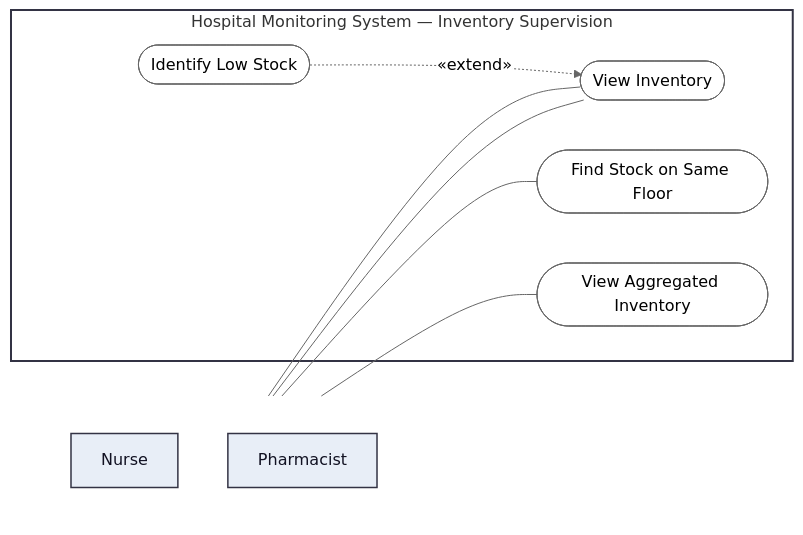
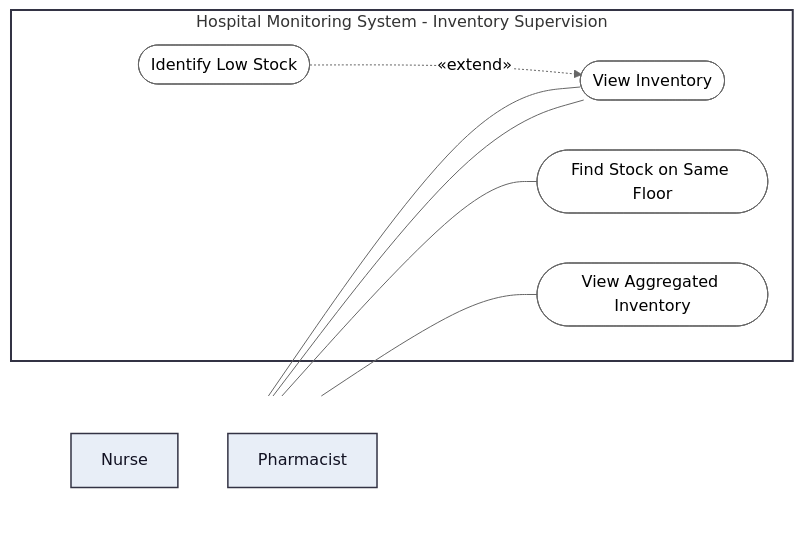
One commit to LukaMrt/3K04-project changed the fourth of 7 diagrams in docs/part-b/diagrams/use-case-diagram.md. Above: the diagram before and after it, drawn with Mermaid (neutral theme). The commit also changed other lines of this file and 14 other files, not shown here.

````diff
--- a/docs/part-b/diagrams/use-case-diagram.md
+++ b/docs/part-b/diagrams/use-case-diagram.md
@@ -117,29 +117,29 @@
 ```mermaid
 flowchart LR
     subgraph Actors[" "]
         direction TB
         Nurse["Nurse"]
         Pharmacist["Pharmacist"]
     end
 
-    subgraph MS["Hospital Monitoring System — Inventory Supervision"]
+    subgraph MS["Hospital Monitoring System - Inventory Supervision"]
         ViewInv(["View Inventory"])
         LowStock(["Identify Low Stock"])
         SameFloor(["Find Stock on Same Floor"])
         ViewAggInv(["View Aggregated Inventory"])
     end
 
     Nurse --- ViewInv
     Pharmacist --- ViewInv
     Pharmacist --- ViewAggInv
     Pharmacist --- SameFloor
 
     LowStock -. "«extend»" .-> ViewInv
 
     classDef actor fill:#e8eef7,stroke:#334,stroke-width:1.5px,color:#112;
     classDef usecase fill:#fff,stroke:#666,stroke-width:1px;
     class Nurse,Pharmacist actor;
     class ViewInv,LowStock,SameFloor,ViewAggInv usecase;
     style Actors fill:none,stroke:none;
     style MS fill:none,stroke:#334,stroke-width:2px;
 ```
````
